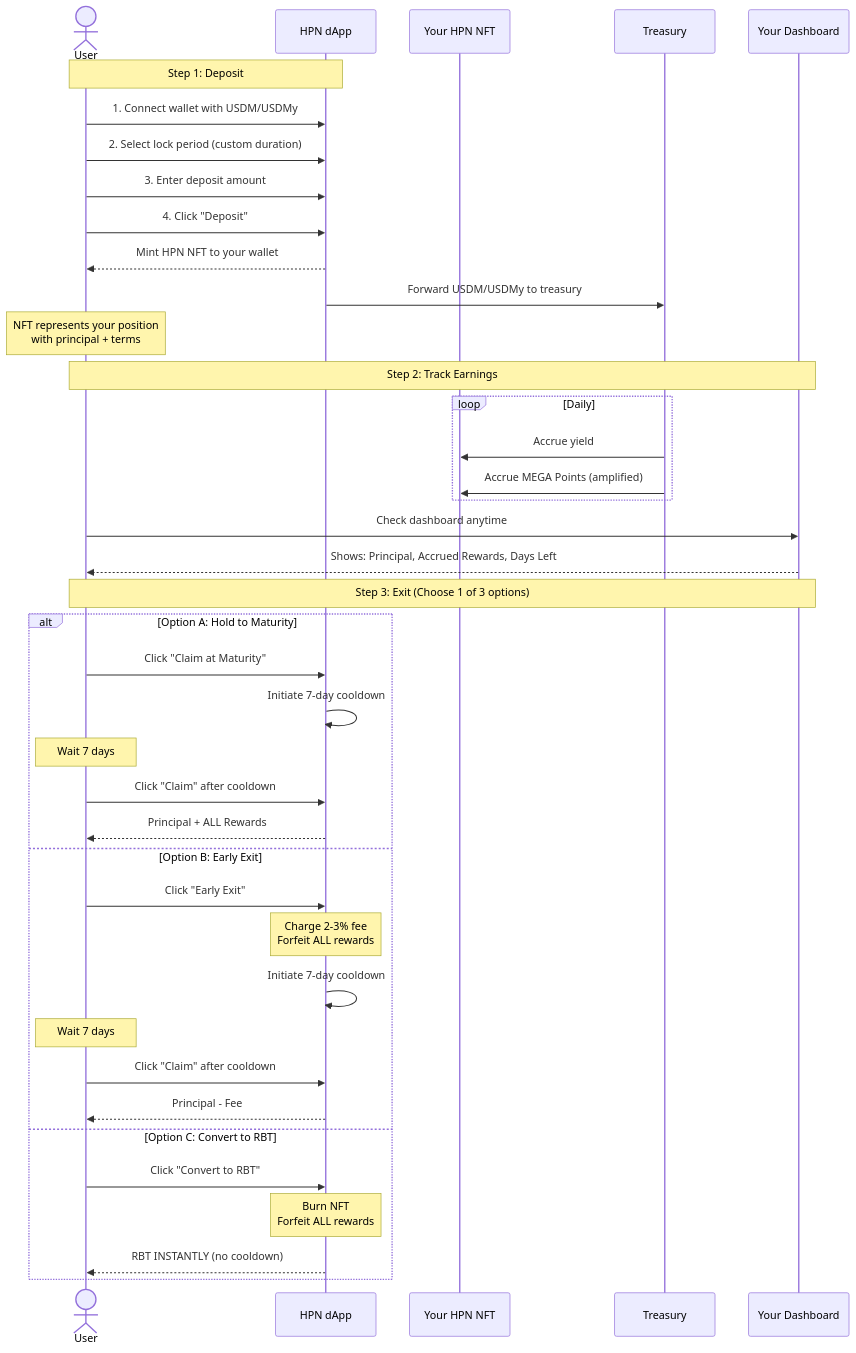
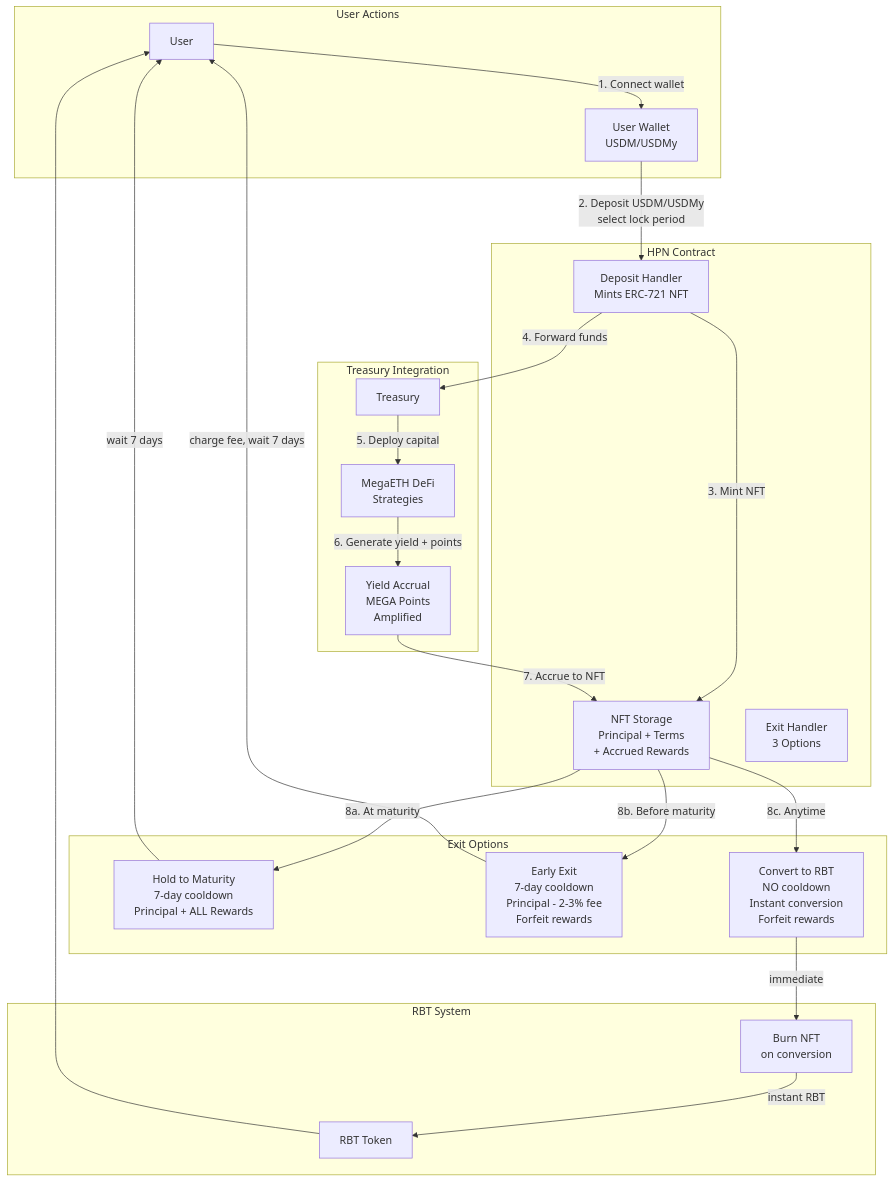
Before and after one commit to 0xJaehaerys/ohmega: the second of 6 diagrams in blackhaven-architecture-diagrams.md, drawn with Mermaid. The commit also changed other lines of this file, not shown here.

First line of the commit message:
Complete redesign: architecture diagrams like Berachain/EigenDA style

````diff
--- a/blackhaven-architecture-diagrams.md
+++ b/blackhaven-architecture-diagrams.md
@@ -35,46 +87,49 @@
 ```mermaid
-sequenceDiagram
-    actor User
-    participant HPN as HPN dApp
-    participant NFT as Your HPN NFT
-    participant Treasury as Treasury
-    participant Dashboard as Your Dashboard
+graph TB
+    subgraph "User Actions"
+        USER[User]
+        WALLET[User Wallet<br/>USDM/USDMy]
+    end
     
-    Note over User,HPN: Step 1: Deposit
-    User->>HPN: 1. Connect wallet with USDM/USDMy
-    User->>HPN: 2. Select lock period (custom duration)
-    User->>HPN: 3. Enter deposit amount
-    User->>HPN: 4. Click "Deposit"
-    HPN-->>User: Mint HPN NFT to your wallet
-    HPN->>Treasury: Forward USDM/USDMy to treasury
-    Note over User: NFT represents your position<br/>with principal + terms
+    subgraph "HPN Contract"
+        DEPOSIT_HANDLER[Deposit Handler<br/>Mints ERC-721 NFT]
+        NFT_STORAGE[NFT Storage<br/>Principal + Terms<br/>+ Accrued Rewards]
+        EXIT_HANDLER[Exit Handler<br/>3 Options]
+    end
     
-    Note over User,Dashboard: Step 2: Track Earnings
-    loop Daily
-        Treasury->>NFT: Accrue yield
-        Treasury->>NFT: Accrue MEGA Points (amplified)
+    subgraph "Exit Options"
+        MATURITY[Hold to Maturity<br/>7-day cooldown<br/>Principal + ALL Rewards]
+        EARLY_EXIT[Early Exit<br/>7-day cooldown<br/>Principal - 2-3% fee<br/>Forfeit rewards]
+        RBT_CONVERT[Convert to RBT<br/>NO cooldown<br/>Instant conversion<br/>Forfeit rewards]
     end
-    User->>Dashboard: Check dashboard anytime
-    Dashboard-->>User: Shows: Principal, Accrued Rewards, Days Left
     
-    Note over User,Dashboard: Step 3: Exit (Choose 1 of 3 options)
+    subgraph "Treasury Integration"
+        TREASURY[Treasury]
+        DEFI[MegaETH DeFi<br/>Strategies]
+        YIELD[Yield Accrual<br/>MEGA Points<br/>Amplified]
+    end
     
-    alt Option A: Hold to Maturity
-        User->>HPN: Click "Claim at Maturity"
-        HPN->>HPN: Initiate 7-day cooldown
-        Note over User: Wait 7 days
-        User->>HPN: Click "Claim" after cooldown
-        HPN-->>User: Principal + ALL Rewards
-    else Option B: Early Exit
-        User->>HPN: Click "Early Exit"
-        Note over HPN: Charge 2-3% fee<br/>Forfeit ALL rewards
-        HPN->>HPN: Initiate 7-day cooldown
-        Note over User: Wait 7 days
-        User->>HPN: Click "Claim" after cooldown
-        HPN-->>User: Principal - Fee
-    else Option C: Convert to RBT
-        User->>HPN: Click "Convert to RBT"
-        Note over HPN: Burn NFT<br/>Forfeit ALL rewards
-        HPN-->>User: RBT INSTANTLY (no cooldown)
+    subgraph "RBT System"
+        RBT[RBT Token]
+        BURN[Burn NFT<br/>on conversion]
     end
+    
+    USER -->|1. Connect wallet| WALLET
+    WALLET -->|2. Deposit USDM/USDMy<br/>select lock period| DEPOSIT_HANDLER
+    DEPOSIT_HANDLER -->|3. Mint NFT| NFT_STORAGE
+    DEPOSIT_HANDLER -->|4. Forward funds| TREASURY
+    
+    TREASURY -->|5. Deploy capital| DEFI
+    DEFI -->|6. Generate yield + points| YIELD
+    YIELD -->|7. Accrue to NFT| NFT_STORAGE
+    
+    NFT_STORAGE -->|8a. At maturity| MATURITY
+    NFT_STORAGE -->|8b. Before maturity| EARLY_EXIT
+    NFT_STORAGE -->|8c. Anytime| RBT_CONVERT
+    
+    MATURITY -->|wait 7 days| USER
+    EARLY_EXIT -->|charge fee, wait 7 days| USER
+    RBT_CONVERT -->|immediate| BURN
+    BURN -->|instant RBT| RBT
+    RBT --> USER
 ```
````
